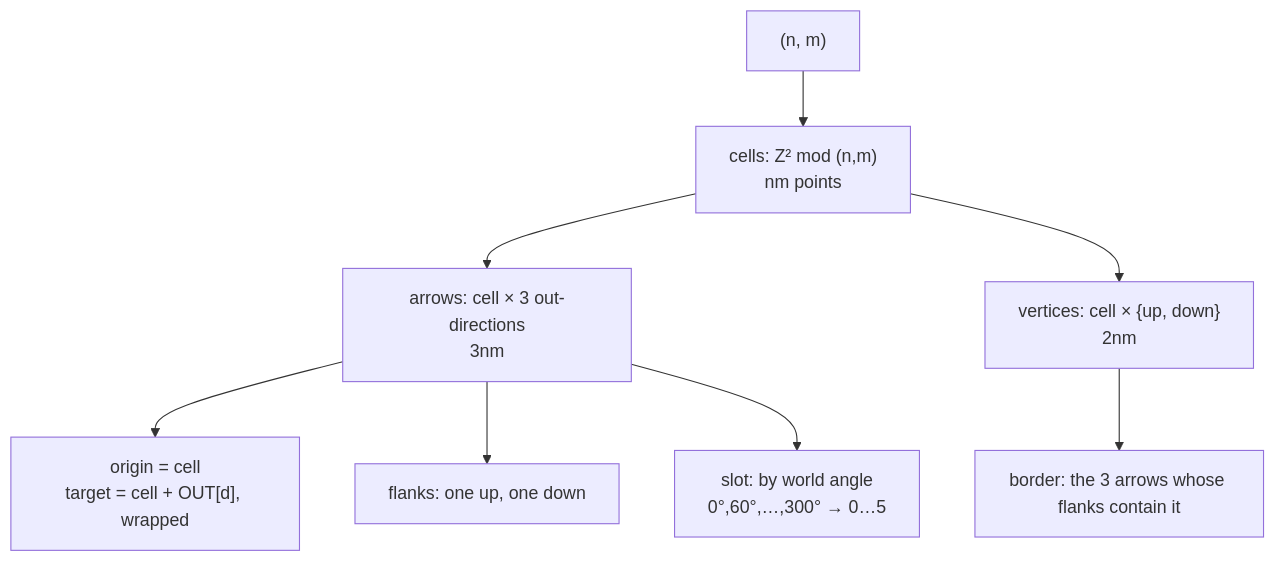
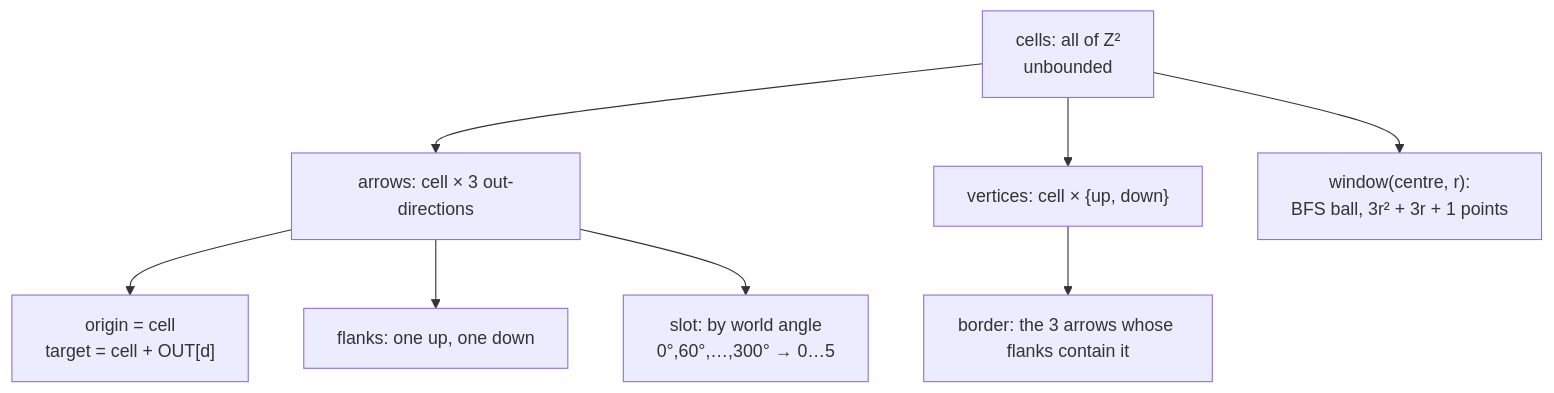
One commit to hochgi/arrows_conqueror changed the diagram in docs/spec/tiling/tiling.md. Above: the diagram before and after it, drawn with Mermaid. The commit also changed other lines of this file and 23 other files, not shown here.

````diff
--- a/docs/spec/tiling/tiling.md
+++ b/docs/spec/tiling/tiling.md
@@ -37,10 +47,10 @@
 ```mermaid
 flowchart TD
-  NM["(n, m)"] --> P["cells: Z² mod (n,m)<br/>nm points"]
-  P --> A["arrows: cell × 3 out-directions<br/>3nm"]
-  P --> V["vertices: cell × {up, down}<br/>2nm"]
-  A --> ADJ["origin = cell<br/>target = cell + OUT[d], wrapped"]
+  C["cells: all of Z²<br/>unbounded"] --> A["arrows: cell × 3 out-directions"]
+  C --> V["vertices: cell × {up, down}"]
+  A --> ADJ["origin = cell<br/>target = cell + OUT[d]"]
   A --> FL["flanks: one up, one down"]
   V --> BD["border: the 3 arrows whose flanks contain it"]
   A --> SL["slot: by world angle<br/>0°,60°,…,300° → 0…5"]
+  C --> W["window(centre, r):<br/>BFS ball, 3r² + 3r + 1 points"]
 ```
````
